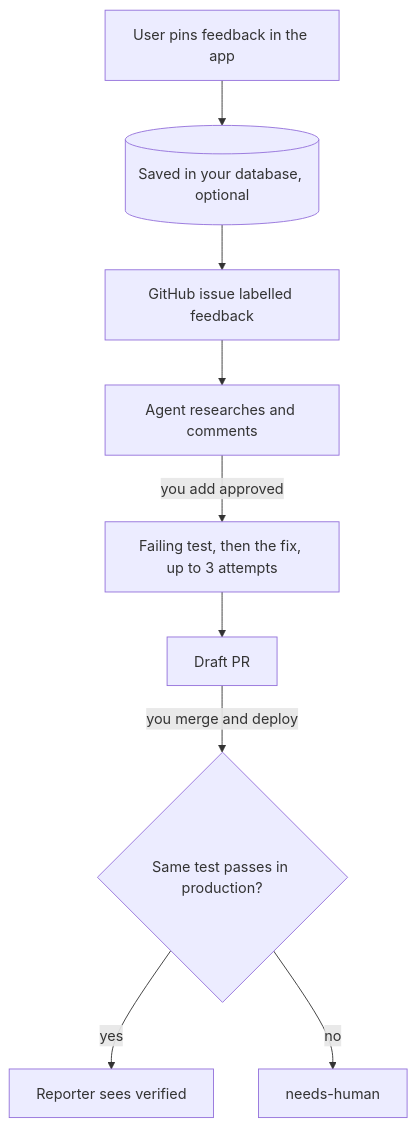
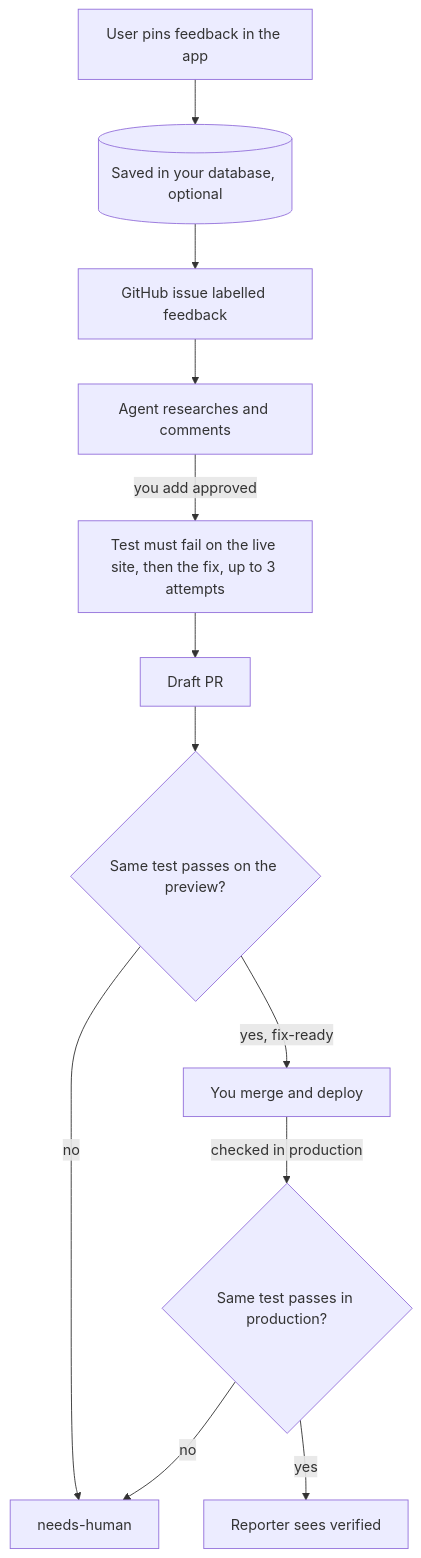
The diagram in README.md (AgasiArgent/user-driven-development), drawn with Mermaid before and after one commit. The commit also changed other lines of this file and 6 other files, not shown here.

First line of the commit message:
docs: red on production, green on preview; setup covers preview check, bypass and test-account risk

````diff
--- a/README.md
+++ b/README.md
@@ -13,11 +13,14 @@
 ```mermaid
 flowchart TD
   U[User pins feedback in the app] --> Q[(Saved in your database, optional)]
   Q --> I[GitHub issue labelled feedback]
   I --> R[Agent researches and comments]
-  R -->|you add approved| F[Failing test, then the fix, up to 3 attempts]
+  R -->|you add approved| F[Test must fail on the live site, then the fix, up to 3 attempts]
   F --> P[Draft PR]
-  P -->|you merge and deploy| V{Same test passes in production?}
+  P --> W{Same test passes on the preview?}
+  W -->|no| H[needs-human]
+  W -->|yes, fix-ready| M[You merge and deploy]
+  M -->|checked in production| V{Same test passes in production?}
   V -->|yes| D[Reporter sees verified]
-  V -->|no| H[needs-human]
+  V -->|no| H
 ```
````
